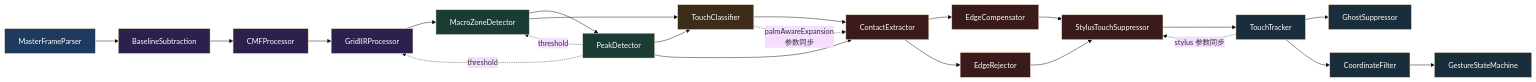
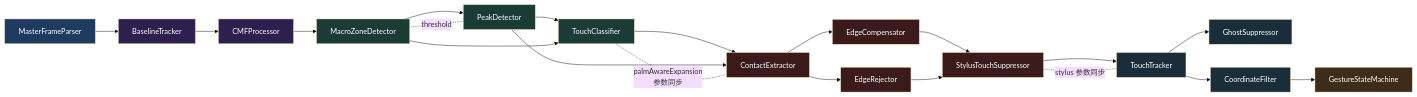
Before and after one commit to krrrak/EGoTouchRev: diagram 14 of 14 in docs/touch_pipeline_architecture.md, drawn with Mermaid (base theme). The commit also changed other lines of this file and 8 other files, not shown here.

Commit message:
feat: implement speed-adaptive IIR coordinate filtering and add project architecture documentation

````diff
--- a/docs/touch_pipeline_architecture.md
+++ b/docs/touch_pipeline_architecture.md
@@ -481,41 +576,38 @@
 ```mermaid
 graph LR
-    MFP["MasterFrameParser"] --> BL["BaselineSubtraction"]
+    MFP["MasterFrameParser"] --> BL["BaselineTracker"]
     BL --> CMF["CMFProcessor"]
-    CMF --> GIIR["GridIIRProcessor"]
-    GIIR --> MZD["MacroZoneDetector"]
+    CMF --> MZD["MacroZoneDetector"]
     MZD --> PD["PeakDetector"]
     PD --> TC["TouchClassifier"]
     MZD --> TC
     TC --> CE["ContactExtractor"]
     PD --> CE
     CE --> EC["EdgeCompensator"]
     CE --> ER["EdgeRejector"]
     EC --> STS["StylusTouchSuppressor"]
     ER --> STS
     STS --> TT["TouchTracker"]
     TT --> GS["GhostSuppressor"]
     TT --> CF["CoordinateFilter"]
     CF --> GSM["GestureStateMachine"]
 
-    TC -.->|"palmAwareExpansion<br/>参数同步"| CE
-    TT -.->|"stylus 参数同步"| STS
-    PD -.->|"threshold"| GIIR
-    PD -.->|"threshold"| MZD
+    TC -.-|"palmAwareExpansion<br/>参数同步"| CE
+    TT -.-|"stylus 参数同步"| STS
+    PD -.-|"threshold"| MZD
 
     style MFP fill:#1e3a5f,color:#fff
     style BL fill:#2d1f4e,color:#fff
     style CMF fill:#2d1f4e,color:#fff
-    style GIIR fill:#2d1f4e,color:#fff
     style MZD fill:#1a3c34,color:#fff
     style PD fill:#1a3c34,color:#fff
-    style TC fill:#3d2c1a,color:#fff
+    style TC fill:#1a3c34,color:#fff
     style CE fill:#3a1a1a,color:#fff
     style EC fill:#3a1a1a,color:#fff
     style ER fill:#3a1a1a,color:#fff
     style STS fill:#3a1a1a,color:#fff
     style TT fill:#1a2d3a,color:#fff
     style CF fill:#1a2d3a,color:#fff
-    style GSM fill:#1a2d3a,color:#fff
+    style GSM fill:#3d2c1a,color:#fff
     style GS fill:#1a2d3a,color:#fff
 ```
````
